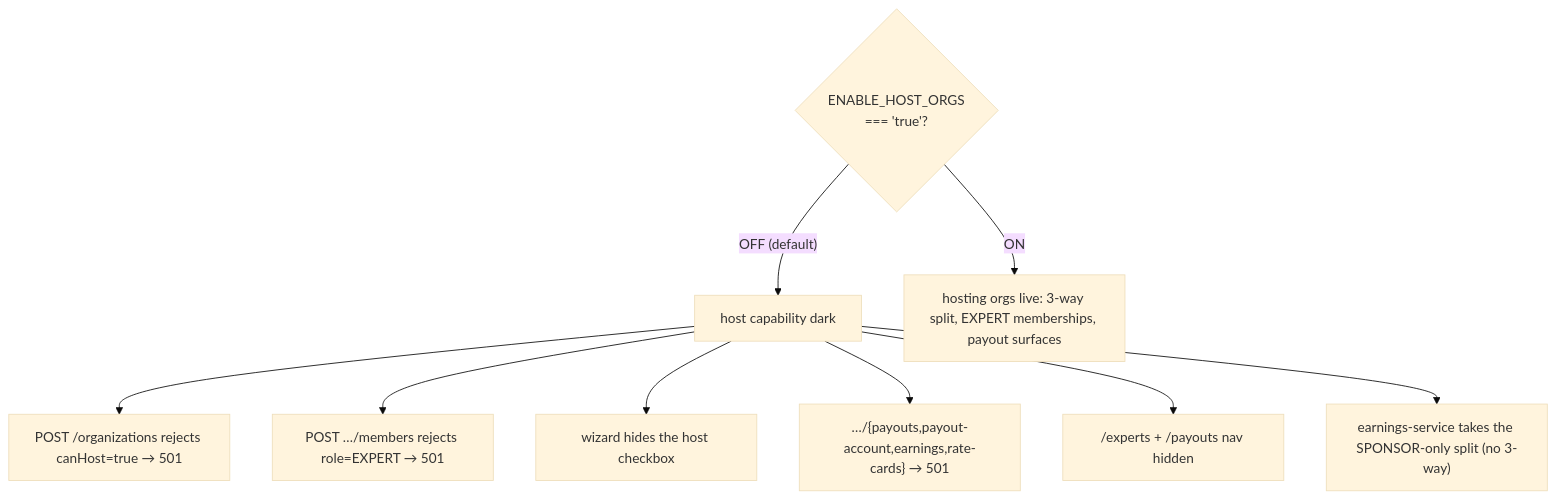
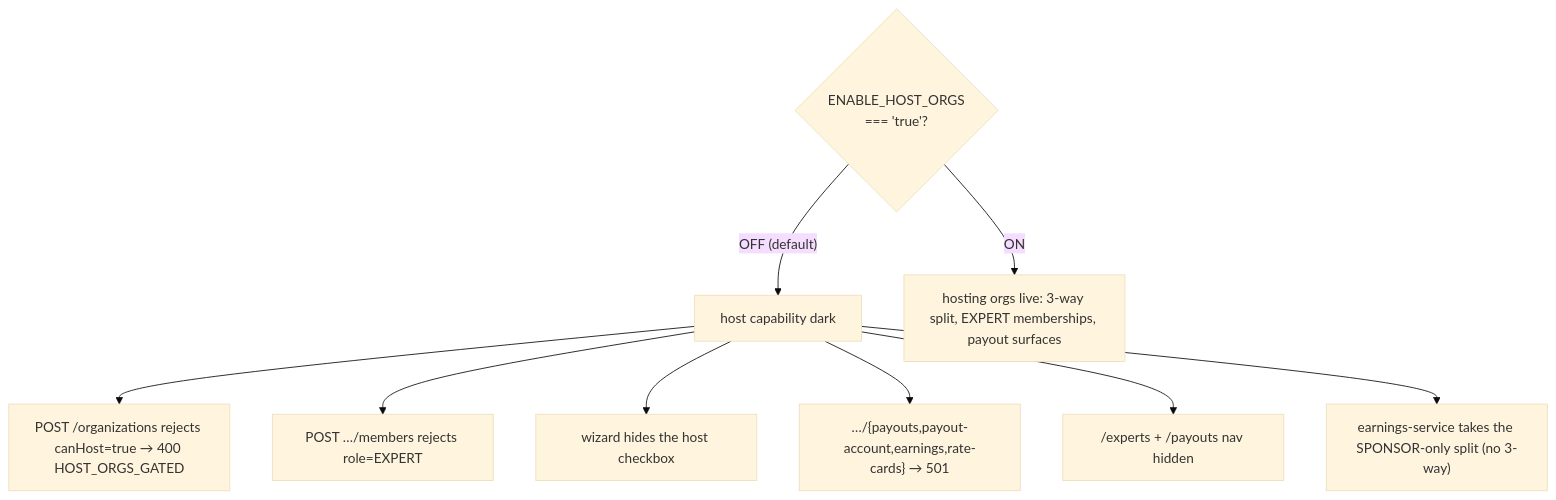
Before and after one commit to Practitionist/familiarise_web: the diagram in docs/enterprise/30-programs-and-lifecycle/06-feature-flags-and-rollout.md, drawn with Mermaid (base theme). The commit also changed other lines of this file and 11 other files, not shown here.

````diff
--- a/docs/enterprise/30-programs-and-lifecycle/06-feature-flags-and-rollout.md
+++ b/docs/enterprise/30-programs-and-lifecycle/06-feature-flags-and-rollout.md
@@ -32,12 +32,12 @@
 ```mermaid
 flowchart TD
   F{"ENABLE_HOST_ORGS<br/>=== 'true'?"}
   F -- OFF (default) --> OFF["host capability dark"]
-  OFF --> A["POST /organizations rejects canHost=true → 501"]
-  OFF --> B["POST …/members rejects role=EXPERT → 501"]
+  OFF --> A["POST /organizations rejects canHost=true → 400 HOST_ORGS_GATED"]
+  OFF --> B["POST …/members rejects role=EXPERT"]
   OFF --> C["wizard hides the host checkbox"]
   OFF --> D["…/{payouts,payout-account,earnings,rate-cards} → 501"]
   OFF --> E["/experts + /payouts nav hidden"]
   OFF --> G["earnings-service takes the SPONSOR-only split (no 3-way)"]
   F -- ON --> ON["hosting orgs live: 3-way split, EXPERT memberships, payout surfaces"]
 ```
````
